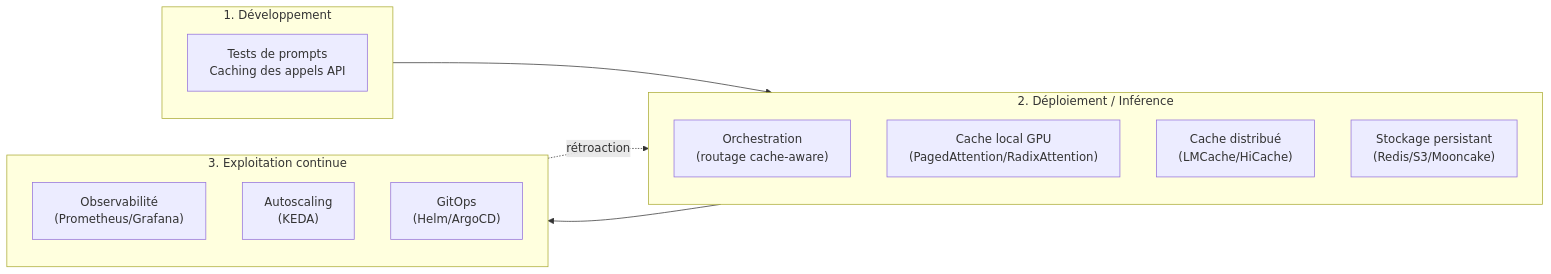
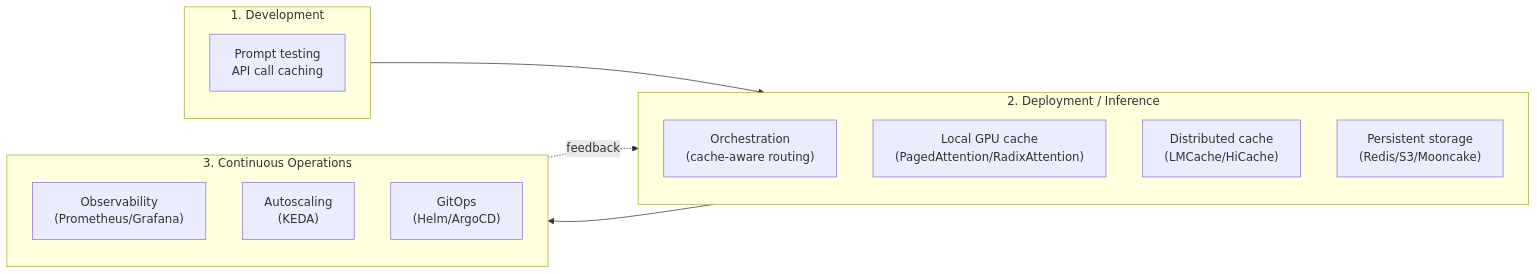
The seventh of 9 diagrams in docs/explain/bible-kv-cache.md (ADORSYS-GIS/Custom-Ai-Ops), drawn with Mermaid before and after one commit. The commit also changed other lines of this file and 25 other files, not shown here.

Commit message:
feat(Custom-Ai-Ops): good implementation kv-cache

````diff
--- a/docs/explain/bible-kv-cache.md
+++ b/docs/explain/bible-kv-cache.md
@@ -420,19 +420,19 @@
 ```mermaid
 flowchart LR
-    subgraph Dev["1. Développement"]
-        D1["Tests de prompts\nCaching des appels API"]
+    subgraph Dev["1. Development"]
+        D1["Prompt testing\nAPI call caching"]
     end
-    subgraph Deploy["2. Déploiement / Inférence"]
-        D2["Orchestration\n(routage cache-aware)"]
-        D3["Cache local GPU\n(PagedAttention/RadixAttention)"]
-        D4["Cache distribué\n(LMCache/HiCache)"]
-        D5["Stockage persistant\n(Redis/S3/Mooncake)"]
+    subgraph Deploy["2. Deployment / Inference"]
+        D2["Orchestration\n(cache-aware routing)"]
+        D3["Local GPU cache\n(PagedAttention/RadixAttention)"]
+        D4["Distributed cache\n(LMCache/HiCache)"]
+        D5["Persistent storage\n(Redis/S3/Mooncake)"]
     end
-    subgraph Ops["3. Exploitation continue"]
-        O1["Observabilité\n(Prometheus/Grafana)"]
+    subgraph Ops["3. Continuous Operations"]
+        O1["Observability\n(Prometheus/Grafana)"]
         O2["Autoscaling\n(KEDA)"]
         O3["GitOps\n(Helm/ArgoCD)"]
     end
     Dev --> Deploy --> Ops
-    Ops -.rétroaction.-> Deploy
+    Ops -.feedback.-> Deploy
 ```
````
